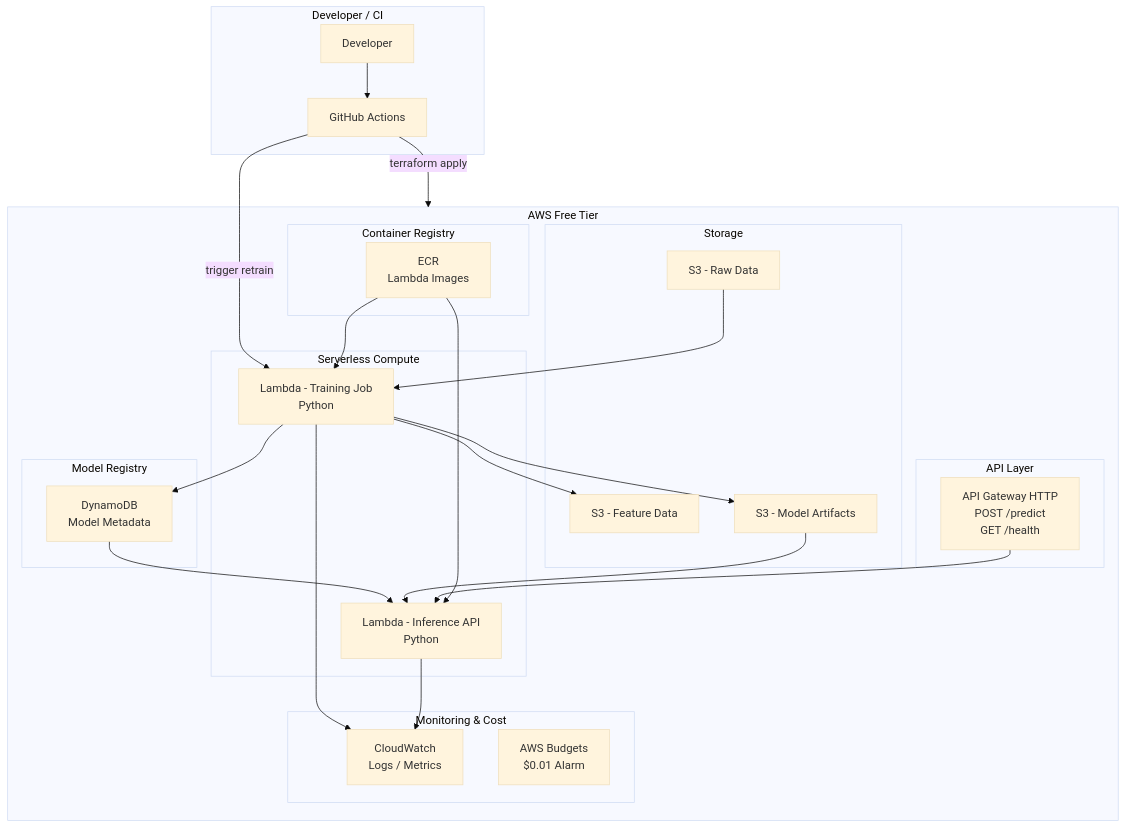
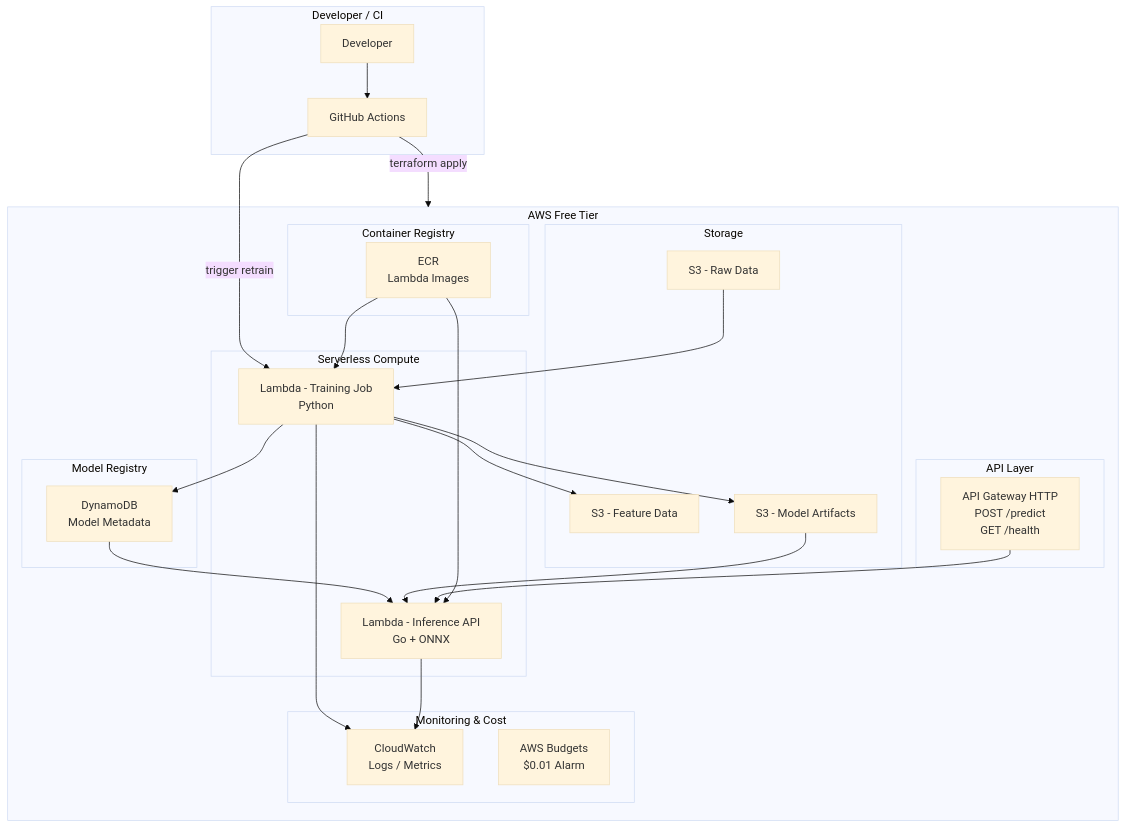
One commit to karevin07/terraform-mlops-pipeline changed the diagram in README.md. Above: the diagram before and after it, drawn with Mermaid (base theme). The commit also changed other lines of this file and 12 other files, not shown here.

First line of the commit message:
docs: align docs with Go + ONNX inference stack

````diff
--- a/README.md
+++ b/README.md
@@ -22,57 +23,57 @@
 ```mermaid
 flowchart TB
     subgraph Dev["Developer / CI"]
         DEV[Developer]
         GH[GitHub Actions]
     end
 
     subgraph AWS["AWS Free Tier"]
         subgraph Storage["Storage"]
             S3_RAW[S3 - Raw Data]
             S3_FEATURE[S3 - Feature Data]
             S3_MODEL[S3 - Model Artifacts]
         end
 
         subgraph Compute["Serverless Compute"]
             LAMBDA_TRAIN[Lambda - Training Job<br/>Python]
-            LAMBDA_INFER[Lambda - Inference API<br/>Python]
+            LAMBDA_INFER[Lambda - Inference API<br/>Go + ONNX]
         end
 
         subgraph Registry["Model Registry"]
             DDB[DynamoDB<br/>Model Metadata]
         end
 
         subgraph Gateway["API Layer"]
             APIGW[API Gateway HTTP<br/>POST /predict<br/>GET /health]
         end
 
         subgraph Observability["Monitoring & Cost"]
             CW[CloudWatch<br/>Logs / Metrics]
             BUDGET[AWS Budgets<br/>$0.01 Alarm]
         end
 
         subgraph Container["Container Registry"]
             ECR[ECR<br/>Lambda Images]
         end
     end
 
     DEV --> GH
     GH -->|terraform apply| AWS
     GH -->|trigger retrain| LAMBDA_TRAIN
 
     S3_RAW --> LAMBDA_TRAIN
     LAMBDA_TRAIN --> S3_FEATURE
     LAMBDA_TRAIN --> S3_MODEL
     LAMBDA_TRAIN --> DDB
 
     DDB --> LAMBDA_INFER
     S3_MODEL --> LAMBDA_INFER
 
     APIGW --> LAMBDA_INFER
 
     ECR --> LAMBDA_TRAIN
     ECR --> LAMBDA_INFER
 
     LAMBDA_TRAIN --> CW
     LAMBDA_INFER --> CW
 ```
````
